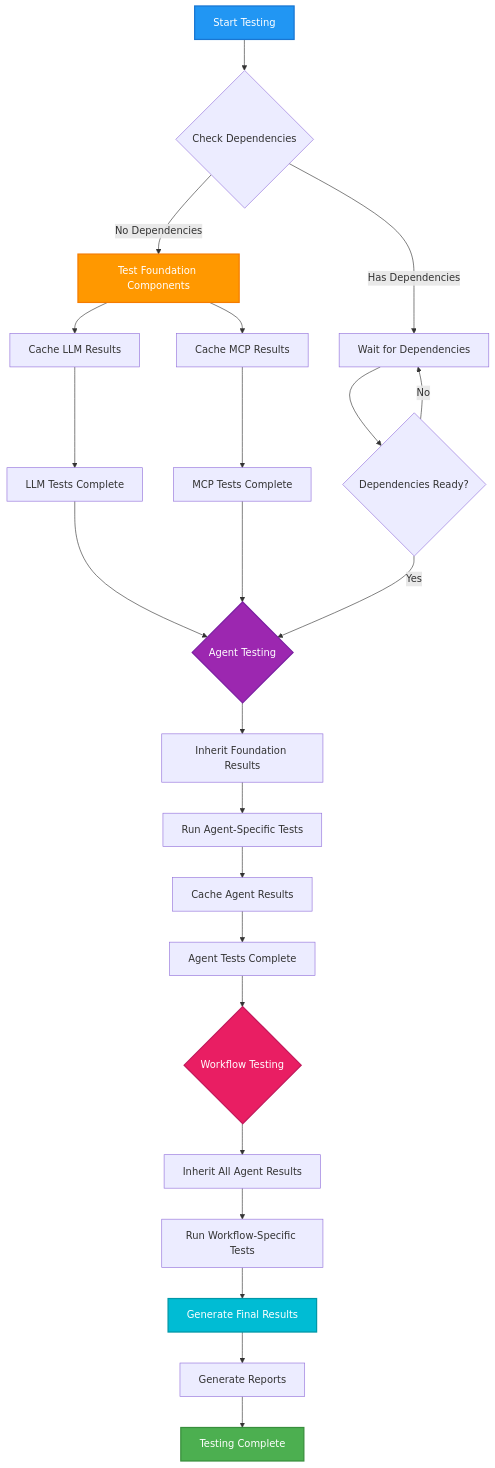
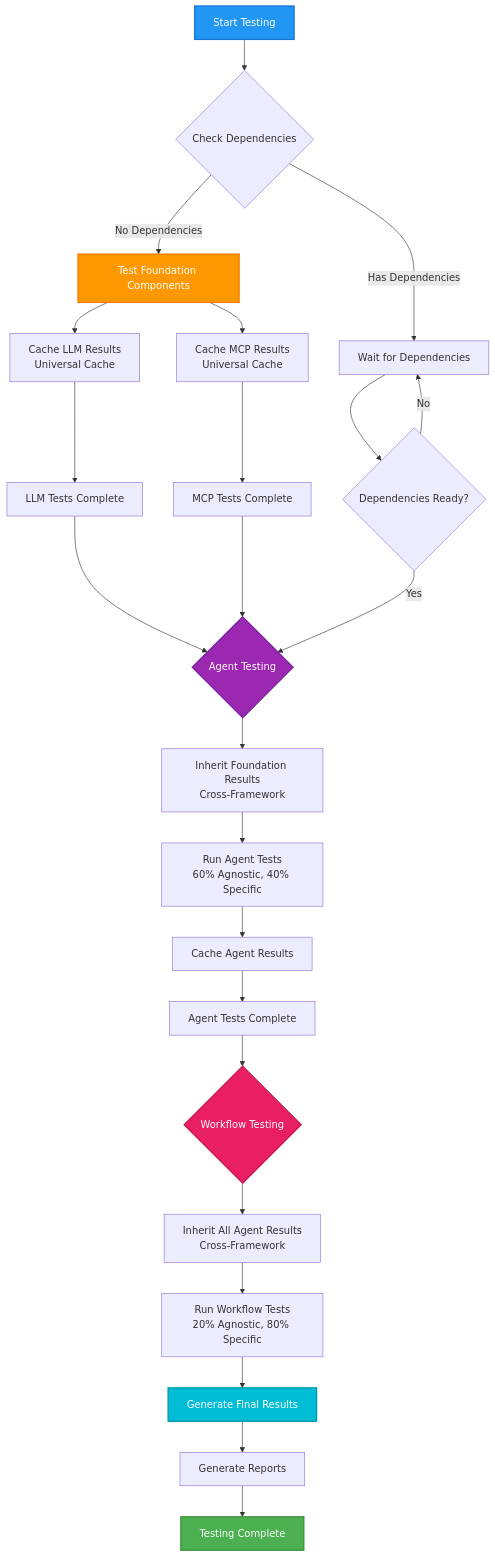
Before and after one commit to Aurite-ai/aurite-agents: the third of 7 diagrams in docs/testing/architecture/testing_hierarchy.md, drawn with Mermaid. The commit also changed other lines of this file and 4 other files, not shown here.

````diff
--- a/docs/testing/architecture/testing_hierarchy.md
+++ b/docs/testing/architecture/testing_hierarchy.md
@@ -114,42 +136,42 @@
 ```mermaid
 flowchart TD
     Start[Start Testing] --> Check{Check Dependencies}
 
     Check -->|No Dependencies| Foundation[Test Foundation Components]
     Check -->|Has Dependencies| Wait[Wait for Dependencies]
 
-    Foundation --> Cache1[Cache LLM Results]
-    Foundation --> Cache2[Cache MCP Results]
+    Foundation --> Cache1[Cache LLM Results<br/>Universal Cache]
+    Foundation --> Cache2[Cache MCP Results<br/>Universal Cache]
 
     Cache1 --> Ready1[LLM Tests Complete]
     Cache2 --> Ready2[MCP Tests Complete]
 
     Ready1 --> AgentTest{Agent Testing}
     Ready2 --> AgentTest
 
     Wait --> DepCheck{Dependencies Ready?}
     DepCheck -->|No| Wait
     DepCheck -->|Yes| AgentTest
 
-    AgentTest --> Inherit[Inherit Foundation Results]
-    Inherit --> AgentSpecific[Run Agent-Specific Tests]
+    AgentTest --> Inherit[Inherit Foundation Results<br/>Cross-Framework]
+    Inherit --> AgentSpecific[Run Agent Tests<br/>60% Agnostic, 40% Specific]
     AgentSpecific --> CacheAgent[Cache Agent Results]
 
     CacheAgent --> ReadyAgent[Agent Tests Complete]
 
     ReadyAgent --> WorkflowTest{Workflow Testing}
 
-    WorkflowTest --> InheritAll[Inherit All Agent Results]
-    InheritAll --> WFSpecific[Run Workflow-Specific Tests]
+    WorkflowTest --> InheritAll[Inherit All Agent Results<br/>Cross-Framework]
+    InheritAll --> WFSpecific[Run Workflow Tests<br/>20% Agnostic, 80% Specific]
     WFSpecific --> FinalResults[Generate Final Results]
 
     FinalResults --> Report[Generate Reports]
     Report --> End[Testing Complete]
 
     style Start fill:#2196F3,stroke:#1976D2,stroke-width:2px,color:#fff
     style End fill:#4CAF50,stroke:#388E3C,stroke-width:2px,color:#fff
     style Foundation fill:#FF9800,stroke:#F57C00,stroke-width:2px,color:#fff
     style AgentTest fill:#9C27B0,stroke:#7B1FA2,stroke-width:2px,color:#fff
     style WorkflowTest fill:#E91E63,stroke:#C2185B,stroke-width:2px,color:#fff
     style FinalResults fill:#00BCD4,stroke:#0097A7,stroke-width:2px,color:#fff
 ```
````
